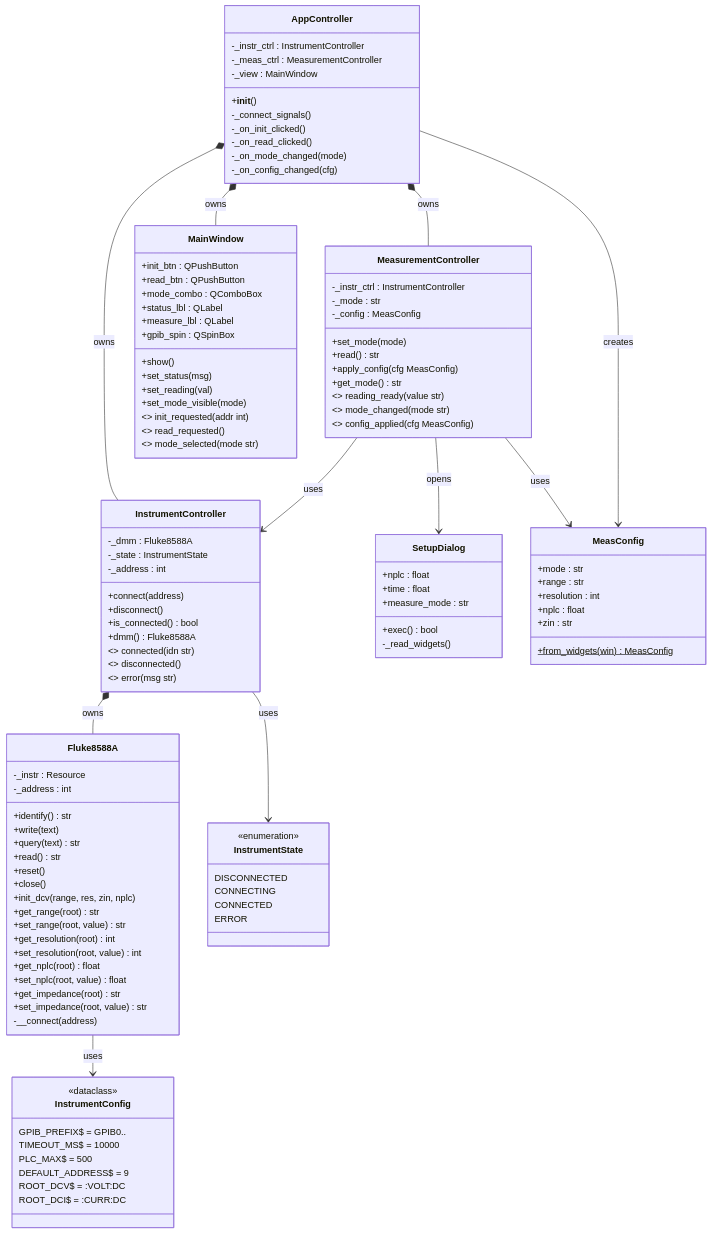
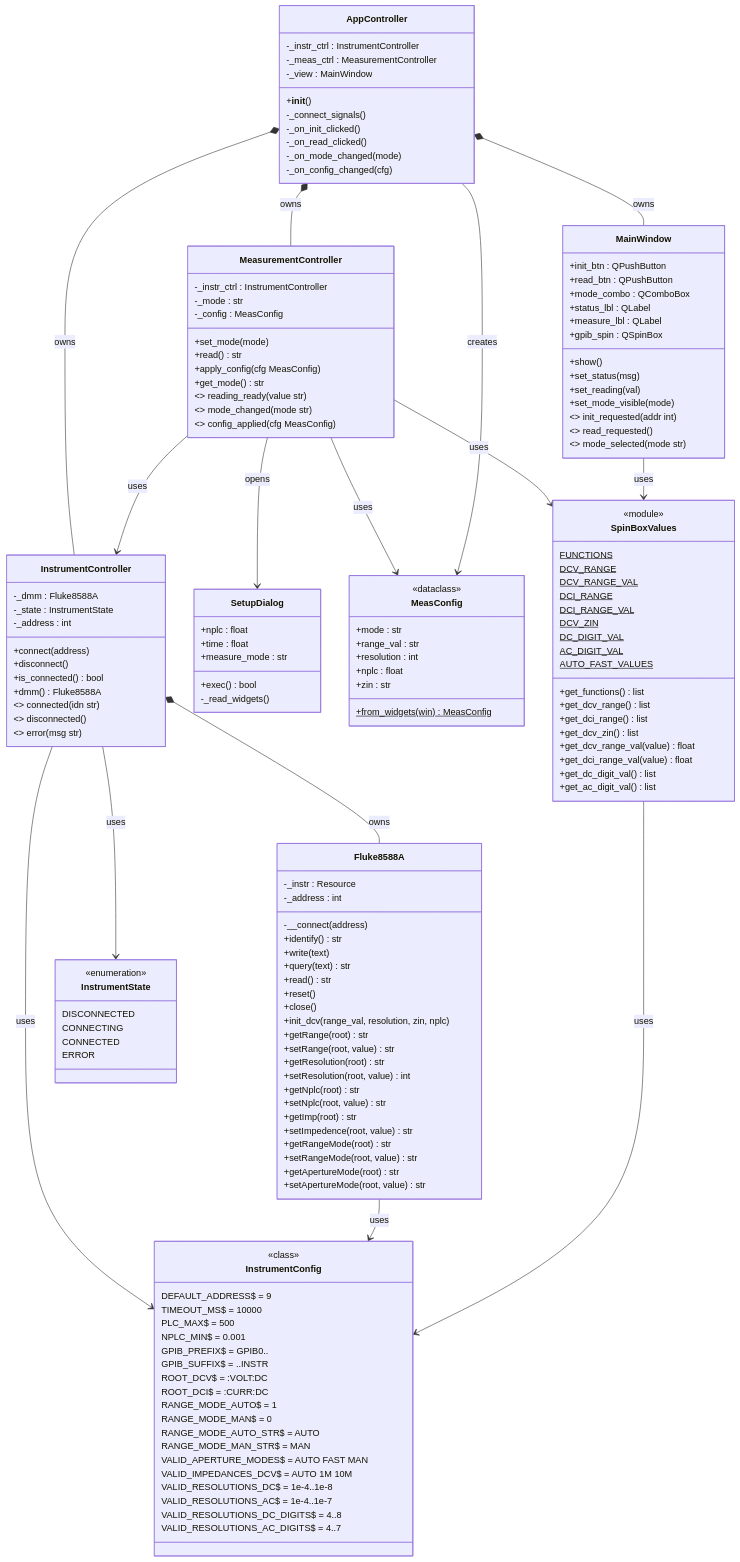
Before and after one commit to is4rk/Fluke8588A-pyvisa: the second of 2 diagrams in Project design ideas/architecture.md, drawn with Mermaid. The commit also changed other lines of this file, not shown here.

Commit message:
rebase(UML): updates uml diagram with latest changes

````diff
--- a/Project design ideas/architecture.md
+++ b/Project design ideas/architecture.md
@@ -59,22 +58,26 @@
     class Fluke8588A {
         -_instr : Resource
         -_address : int
+        -__connect(address)
         +identify() str
         +write(text)
         +query(text) str
         +read() str
         +reset()
         +close()
-        +init_dcv(range, res, zin, nplc)
-        +get_range(root) str
-        +set_range(root, value) str
-        +get_resolution(root) int
-        +set_resolution(root, value) int
-        +get_nplc(root) float
-        +set_nplc(root, value) float
-        +get_impedance(root) str
-        +set_impedance(root, value) str
-        -__connect(address)
+        +init_dcv(range_val, resolution, zin, nplc)
+        +getRange(root) str
+        +setRange(root, value) str
+        +getResolution(root) str
+        +setResolution(root, value) int
+        +getNplc(root) str
+        +setNplc(root, value) str
+        +getImp(root) str
+        +setImpedence(root, value) str
+        +getRangeMode(root) str
+        +setRangeMode(root, value) str
+        +getApertureMode(root) str
+        +setApertureMode(root, value) str
     }
 
     class InstrumentController {
@@ -140,8 +143,9 @@
     }
 
     class MeasConfig {
+        <<dataclass>>
         +mode : str
-        +range : str
+        +range_val : str
         +resolution : int
         +nplc : float
         +zin : str
@@ -157,13 +161,46 @@
     }
 
     class InstrumentConfig {
-        <<dataclass>>
-        GPIB_PREFIX$ = GPIB0..
+        <<class>>
+        DEFAULT_ADDRESS$ = 9
         TIMEOUT_MS$ = 10000
         PLC_MAX$ = 500
-        DEFAULT_ADDRESS$ = 9
+        NPLC_MIN$ = 0.001
+        GPIB_PREFIX$ = GPIB0..
+        GPIB_SUFFIX$ = ..INSTR
         ROOT_DCV$ = :VOLT:DC
         ROOT_DCI$ = :CURR:DC
+        RANGE_MODE_AUTO$ = 1
+        RANGE_MODE_MAN$ = 0
+        RANGE_MODE_AUTO_STR$ = AUTO
+        RANGE_MODE_MAN_STR$ = MAN
+        VALID_APERTURE_MODES$ = AUTO FAST MAN
+        VALID_IMPEDANCES_DCV$ = AUTO 1M 10M
+        VALID_RESOLUTIONS_DC$ = 1e-4..1e-8
+        VALID_RESOLUTIONS_AC$ = 1e-4..1e-7
+        VALID_RESOLUTIONS_DC_DIGITS$ = 4..8
+        VALID_RESOLUTIONS_AC_DIGITS$ = 4..7
+    }
+
+    class SpinBoxValues {
+        <<module>>
+        FUNCTIONS$
+        DCV_RANGE$
+        DCV_RANGE_VAL$
+        DCI_RANGE$
+        DCI_RANGE_VAL$
+        DCV_ZIN$
+        DC_DIGIT_VAL$
+        AC_DIGIT_VAL$
+        AUTO_FAST_VALUES$
+        +get_functions() list
+        +get_dcv_range() list
+        +get_dci_range() list
+        +get_dcv_zin() list
+        +get_dcv_range_val(value) float
+        +get_dci_range_val(value) float
+        +get_dc_digit_val() list
+        +get_ac_digit_val() list
     }
 
     AppController *-- InstrumentController : owns
@@ -171,9 +208,13 @@
     AppController *-- MainWindow : owns
     InstrumentController *-- Fluke8588A : owns
     InstrumentController --> InstrumentState : uses
+    InstrumentController --> InstrumentConfig : uses
     MeasurementController --> InstrumentController : uses
     MeasurementController --> MeasConfig : uses
     MeasurementController --> SetupDialog : opens
+    MeasurementController --> SpinBoxValues : uses
     AppController --> MeasConfig : creates
     Fluke8588A --> InstrumentConfig : uses
+    MainWindow --> SpinBoxValues : uses
+    SpinBoxValues --> InstrumentConfig : uses
 ```
````
